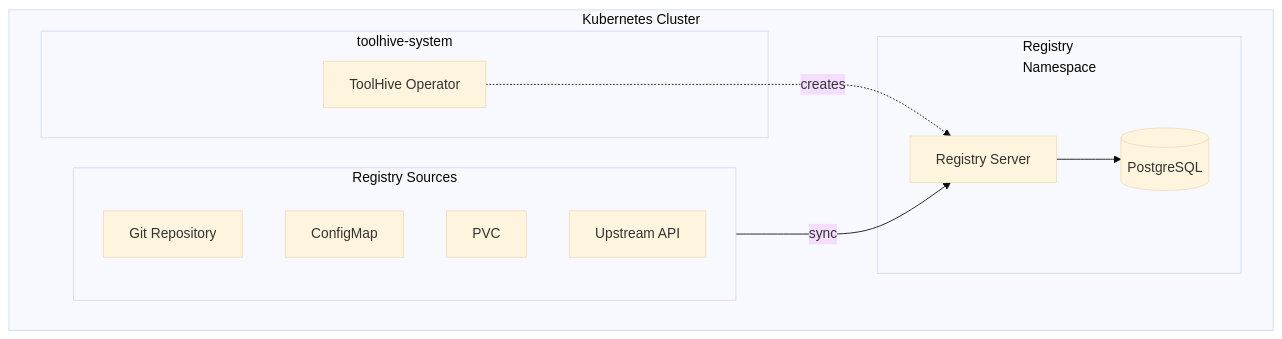
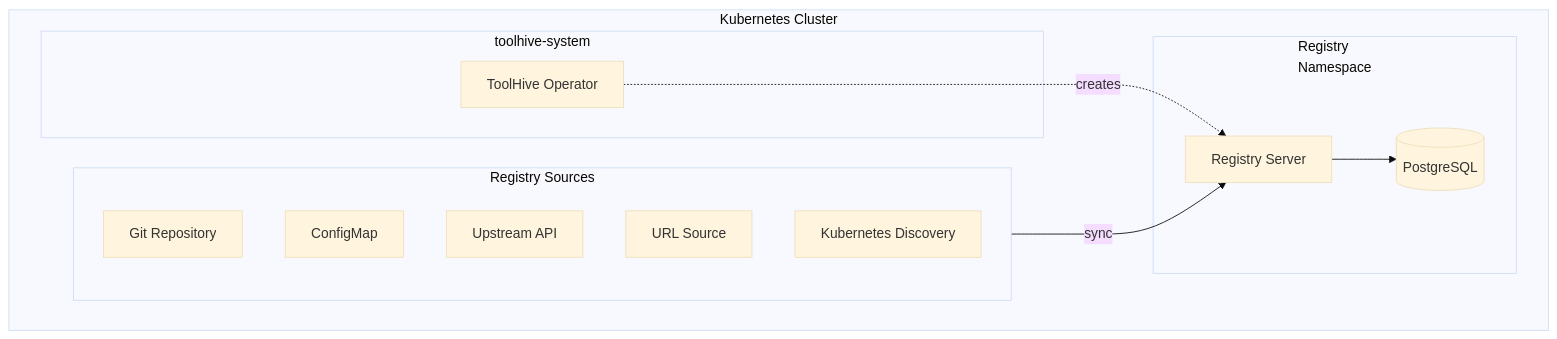
One commit to stacklok/docs-website changed the diagram in docs/toolhive/guides-registry/deploy-operator.mdx. Above: the diagram before and after it, drawn with Mermaid (base theme). The commit also changed other lines of this file and 9 other files, not shown here.

````diff
--- a/docs/toolhive/guides-registry/deploy-operator.mdx
+++ b/docs/toolhive/guides-registry/deploy-operator.mdx
@@ -30,23 +30,24 @@
 ```mermaid
 flowchart LR
   subgraph K8s["Kubernetes Cluster"]
     direction LR
     subgraph NS["toolhive-system"]
       Operator["ToolHive Operator"]
     end
     subgraph NS2["Registry<br>Namespace"]
       Registry["Registry Server"]
       DB[("PostgreSQL")]
     end
     subgraph Sources["Registry Sources"]
       Git["Git Repository"]
       CM["ConfigMap"]
-      PVC["PVC"]
       API["Upstream API"]
+      URL["URL Source"]
+      K8sDisc["Kubernetes Discovery"]
     end
   end
 
   Operator -.->|creates| Registry
   Sources -->|sync| Registry
   Registry --> DB
 ```
````
